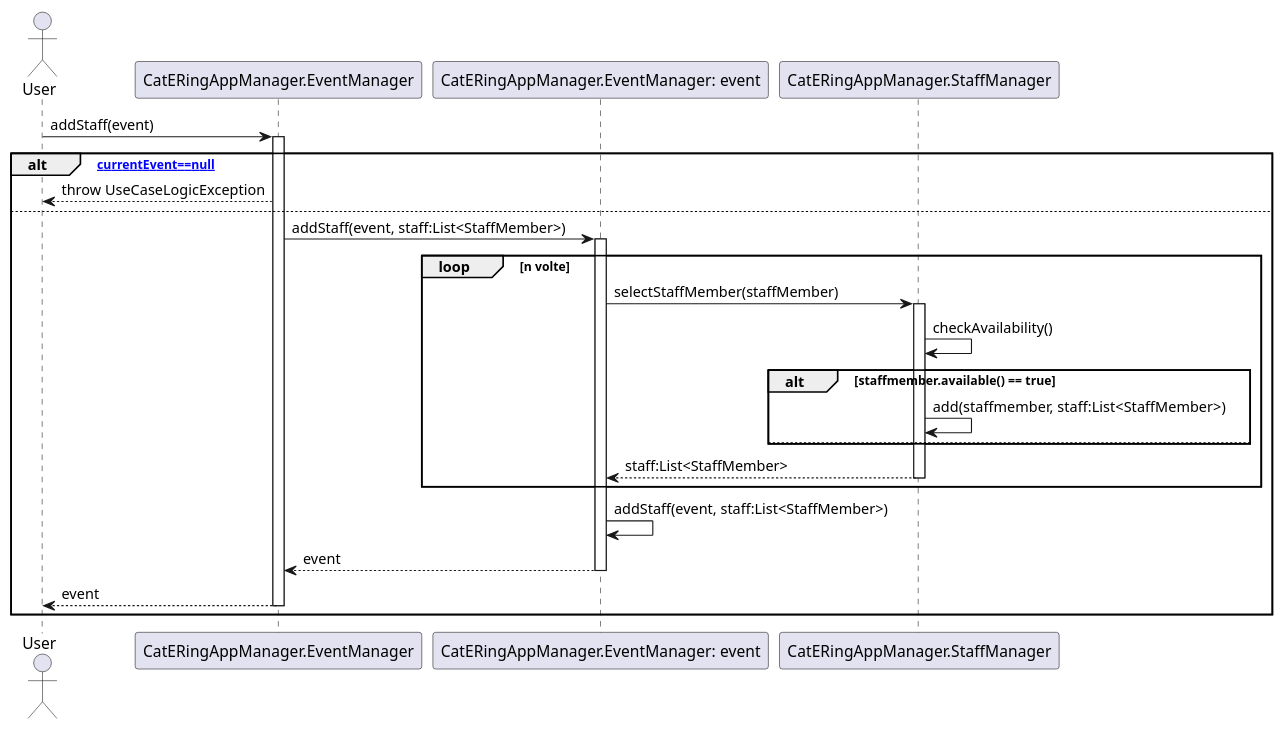
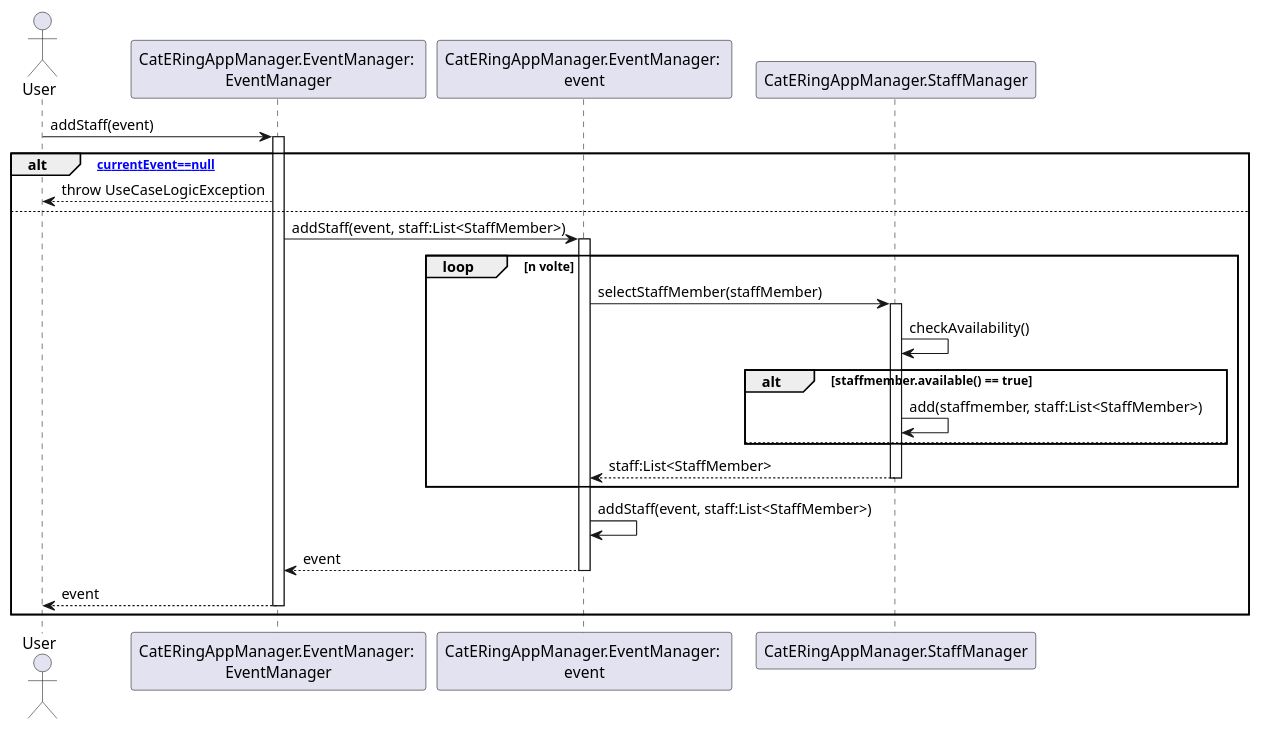
Before and after one commit to m0canu1/sas: the diagram in dsd/dsd-eventi/scenarioPrincipale/4-assignStaff.md, drawn with PlantUML. The commit also changed 11 other files, not shown here.

````diff
--- a/dsd/dsd-eventi/scenarioPrincipale/4-assignStaff.md
+++ b/dsd/dsd-eventi/scenarioPrincipale/4-assignStaff.md
@@ -1,40 +1,40 @@
 ```plantuml
 Actor User
-Participant "CatERingAppManager.EventManager"
-Participant "CatERingAppManager.EventManager: event"
-Participant "CatERingAppManager.StaffManager"
+Participant "CatERingAppManager.EventManager: \nEventManager" as EM
+Participant "CatERingAppManager.EventManager: \nevent" as E
+Participant "CatERingAppManager.StaffManager" as SM
 
-User -> "CatERingAppManager.EventManager": addStaff(event)
-Activate "CatERingAppManager.EventManager"
+User -> EM: addStaff(event)
+Activate EM
 alt [currentEvent==null]
-    "CatERingAppManager.EventManager" --> User: throw UseCaseLogicException
+    EM --> User: throw UseCaseLogicException
 else
-    "CatERingAppManager.EventManager" -> "CatERingAppManager.EventManager: event": addStaff(event, staff:List<StaffMember>)
-    Activate "CatERingAppManager.EventManager: event"
+    EM -> E: addStaff(event, staff:List<StaffMember>)
+    Activate E
     
     loop n volte
-        "CatERingAppManager.EventManager: event" -> "CatERingAppManager.StaffManager": selectStaffMember(staffMember)
-        Activate "CatERingAppManager.StaffManager"
+        E -> SM: selectStaffMember(staffMember)
+        Activate SM
         
-        "CatERingAppManager.StaffManager" -> "CatERingAppManager.StaffManager": checkAvailability()
+        SM -> SM: checkAvailability()
         alt staffmember.available() == true
-            "CatERingAppManager.StaffManager" -> "CatERingAppManager.StaffManager": add(staffmember, staff:List<StaffMember>)
+            SM -> SM: add(staffmember, staff:List<StaffMember>)
         else
             
         end
-        "CatERingAppManager.StaffManager" --> "CatERingAppManager.EventManager: event": staff:List<StaffMember>
-        Deactivate "CatERingAppManager.StaffManager"
+        SM --> E: staff:List<StaffMember>
+        Deactivate SM
     end
-    "CatERingAppManager.EventManager: event" -> "CatERingAppManager.EventManager: event": addStaff(event, staff:List<StaffMember>)
+    E -> E: addStaff(event, staff:List<StaffMember>)
     
-    "CatERingAppManager.EventManager: event" --> "CatERingAppManager.EventManager": event
-    Deactivate "CatERingAppManager.EventManager: event"
-    "CatERingAppManager.EventManager" --> User: event
-    Deactivate "CatERingAppManager.EventManager"
+    E --> EM: event
+    Deactivate E
+    EM --> User: event
+    Deactivate EM
 end
-Deactivate "CatERingAppManager.EventManager"
-Deactivate "CatERingAppManager.EventManager: event"
+Deactivate EM
+Deactivate E
 
 
 
 ```
````
